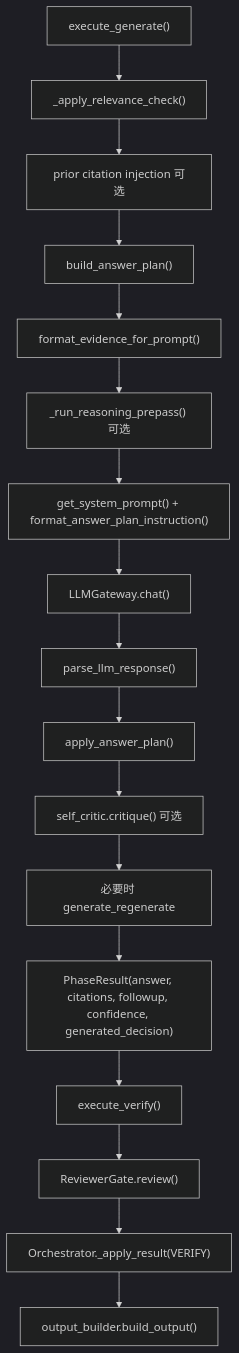
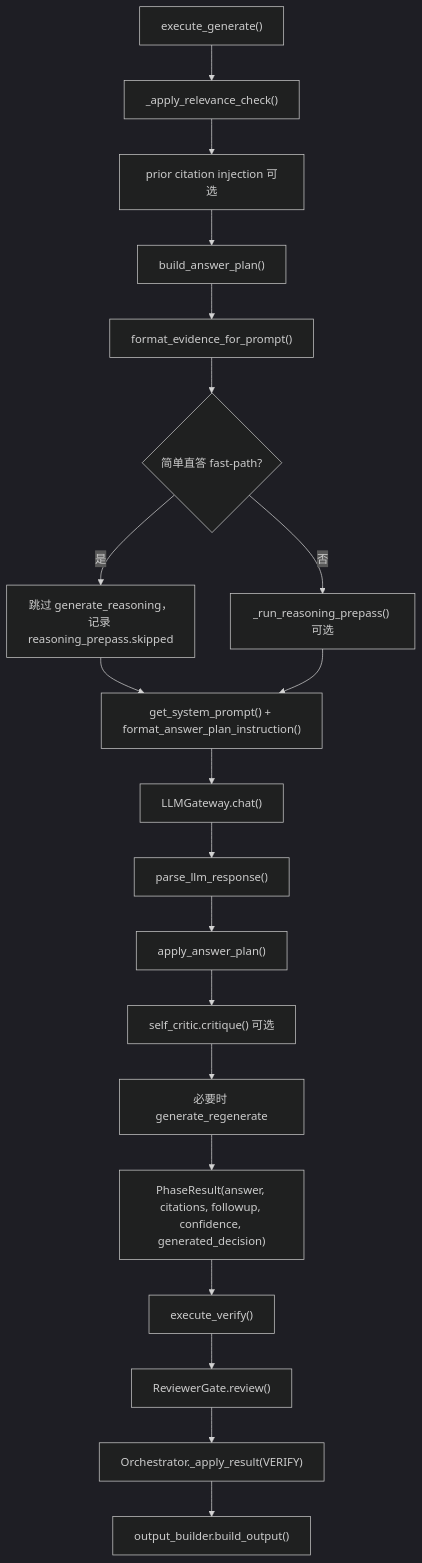
Before and after one commit to rwjxrj/RAG_Agent: the sixth of 6 diagrams in .agent-harness/02_RAG_FLOW.md, drawn with Mermaid (dark theme). The commit also changed other lines of this file and 89 other files, not shown here.

````diff
--- a/.agent-harness/02_RAG_FLOW.md
+++ b/.agent-harness/02_RAG_FLOW.md
@@ -248,19 +252,22 @@
 ```mermaid
 flowchart TD
   A["execute_generate()"] --> B["_apply_relevance_check()"]
   B --> C["prior citation injection 可选"]
   C --> D["build_answer_plan()"]
   D --> E["format_evidence_for_prompt()"]
-  E --> F["_run_reasoning_prepass() 可选"]
-  F --> G["get_system_prompt() + format_answer_plan_instruction()"]
-  G --> H["LLMGateway.chat()"]
-  H --> I["parse_llm_response()"]
-  I --> J["apply_answer_plan()"]
-  J --> K["self_critic.critique() 可选"]
-  K --> L["必要时 generate_regenerate"]
-  L --> M["PhaseResult(answer, citations, followup, confidence, generated_decision)"]
-  M --> N["execute_verify()"]
-  N --> O["ReviewerGate.review()"]
-  O --> P["Orchestrator._apply_result(VERIFY)"]
-  P --> Q["output_builder.build_output()"]
+  E --> F{"简单直答 fast-path?"}
+  F -->|是| G["跳过 generate_reasoning，记录 reasoning_prepass.skipped"]
+  F -->|否| H["_run_reasoning_prepass() 可选"]
+  G --> I["get_system_prompt() + format_answer_plan_instruction()"]
+  H --> I
+  I --> J["LLMGateway.chat()"]
+  J --> K["parse_llm_response()"]
+  K --> L["apply_answer_plan()"]
+  L --> M["self_critic.critique() 可选"]
+  M --> N["必要时 generate_regenerate"]
+  N --> O["PhaseResult(answer, citations, followup, confidence, generated_decision)"]
+  O --> P["execute_verify()"]
+  P --> Q["ReviewerGate.review()"]
+  Q --> R["Orchestrator._apply_result(VERIFY)"]
+  R --> S["output_builder.build_output()"]
 ```
````
